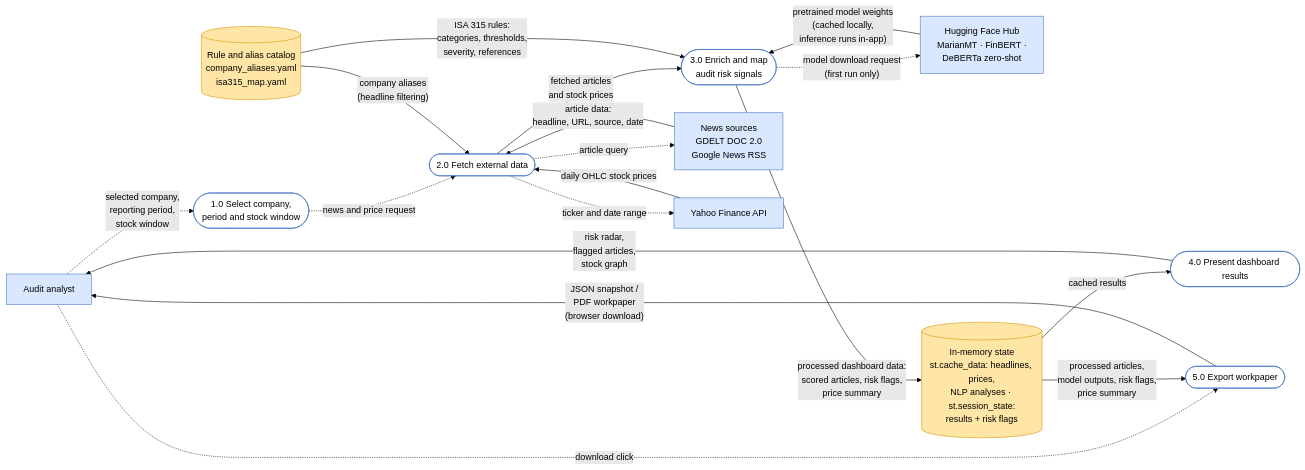
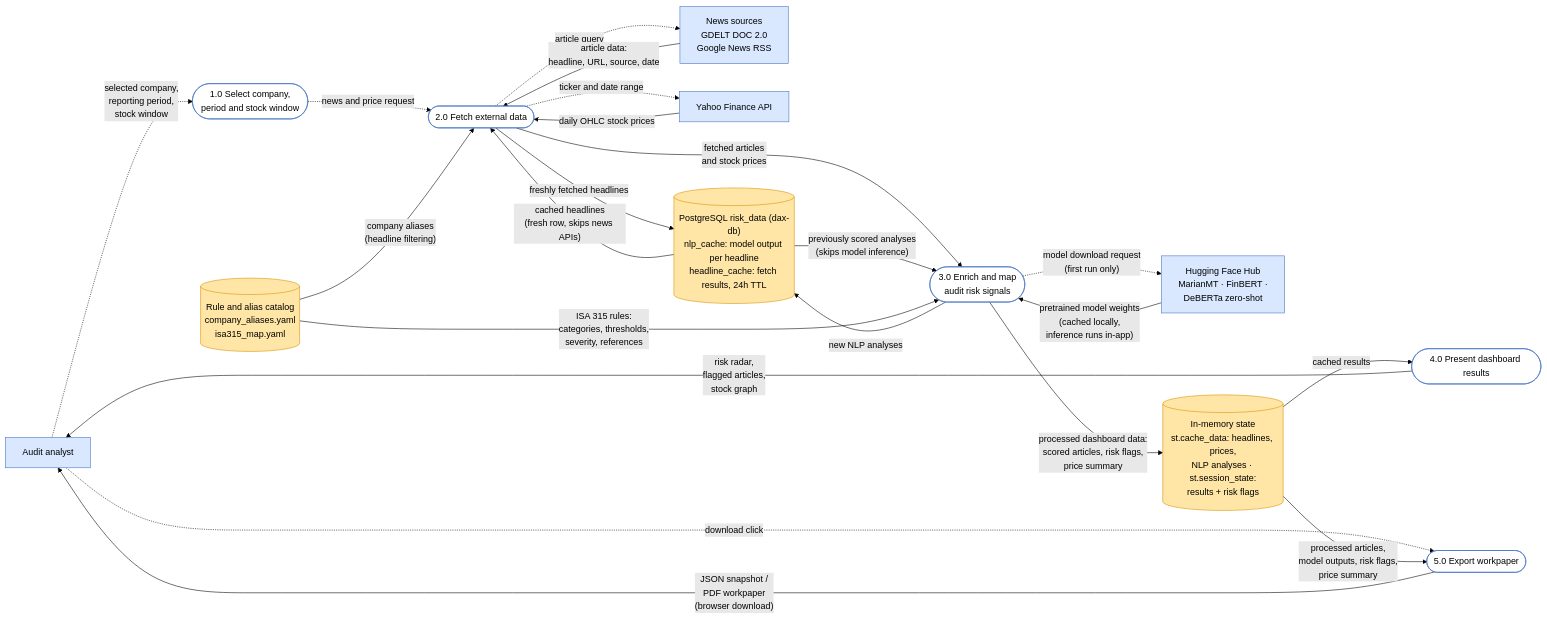
One commit to lasse133/DaxDataDashboard changed the diagram in doc/data-flow.md. Above: the diagram before and after it, drawn with Mermaid (forest theme). The commit also changed other lines of this file and 6 other files, not shown here.

````diff
--- a/doc/data-flow.md
+++ b/doc/data-flow.md
@@ -21,70 +21,77 @@
 ```mermaid
 flowchart LR
 
 
     %% External actor
     auditor["Audit analyst"]
 
 
     %% Main processes
     p1(["1.0 Select company,<br/>period and stock window"])
     p2(["2.0 Fetch external data"])
     p3(["3.0 Enrich and map<br/>audit risk signals"])
     p4(["4.0 Present dashboard results"])
     p5(["5.0 Export workpaper"])
 
 
     %% External systems
     news["News sources<br/>GDELT DOC 2.0<br/>Google News RSS"]
     yahoo["Yahoo Finance API"]
     hf["Hugging Face Hub<br/>MarianMT · FinBERT ·<br/>DeBERTa zero-shot"]
 
 
     %% Data stores / artifacts
     rules[("Rule and alias catalog<br/>company_aliases.yaml<br/>isa315_map.yaml")]
     cache[("In-memory state<br/>st.cache_data: headlines, prices,<br/>NLP analyses · st.session_state:<br/>results + risk flags")]
+    pg[("PostgreSQL risk_data (dax-db)<br/>nlp_cache: model output per headline<br/>headline_cache: fetch results, 24h TTL")]
 
 
     %% Control / request flow = dashed
     auditor -. "selected company,<br/>reporting period,<br/>stock window" .-> p1
     p1 -. "news and price request" .-> p2
     p2 -. "article query" .-> news
     p2 -. "ticker and date range" .-> yahoo
     p3 -. "model download request<br/>(first run only)" .-> hf
     auditor -. "download click" .-> p5
 
 
     %% Data flow = solid
     news -- "article data:<br/>headline, URL, source, date" --> p2
     yahoo -- "daily OHLC stock prices" --> p2
 
 
+    pg -- "cached headlines<br/>(fresh row, skips news APIs)" --> p2
+    p2 -- "freshly fetched headlines" --> pg
+
     p2 -- "fetched articles<br/>and stock prices" --> p3
+
+    pg -- "previously scored analyses<br/>(skips model inference)" --> p3
+    p3 -- "new NLP analyses" --> pg
 
 
     hf -- "pretrained model weights<br/>(cached locally,<br/>inference runs in-app)" --> p3
     rules -- "company aliases<br/>(headline filtering)" --> p2
     rules -- "ISA 315 rules:<br/>categories, thresholds,<br/>severity, references" --> p3
 
 
     p3 -- "processed dashboard data:<br/>scored articles, risk flags,<br/>price summary" --> cache
 
 
     cache -- "cached results" --> p4
     p4 -- "risk radar,<br/>flagged articles,<br/>stock graph" --> auditor
 
 
     cache -- "processed articles,<br/>model outputs, risk flags,<br/>price summary" --> p5
     p5 -- "JSON snapshot /<br/>PDF workpaper<br/>(browser download)" --> auditor
 
 
     %% Styling
     classDef external fill:#d9e8ff,stroke:#4472c4,stroke-width:1px,color:#000;
     classDef process fill:#ffffff,stroke:#4472c4,stroke-width:1px,color:#000;
     classDef store fill:#ffe6a6,stroke:#d99000,stroke-width:1px,color:#000;
 
 
     class auditor,news,yahoo,hf external;
     class p1,p2,p3,p4,p5 process;
-    class rules,cache store;
+    class rules,cache,pg store;
 ```
````
